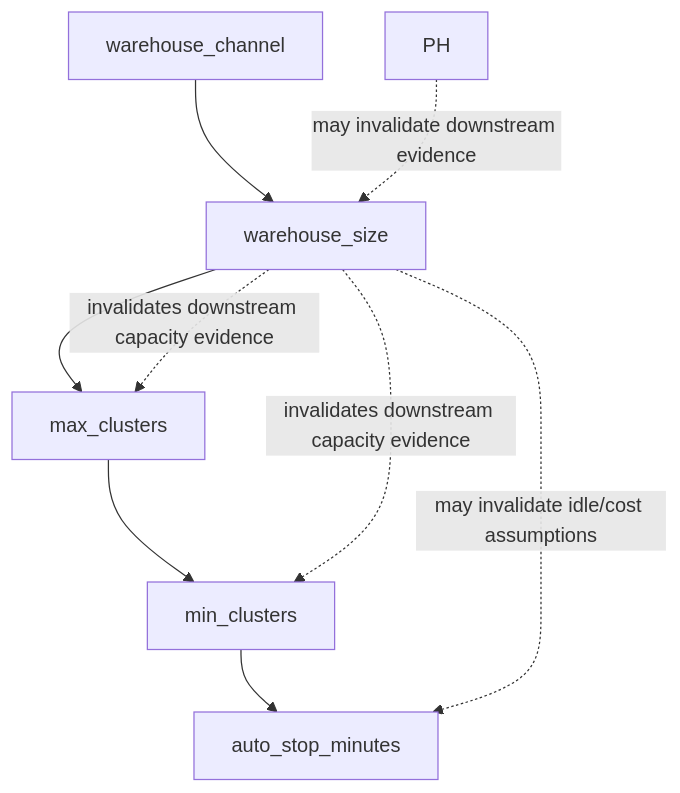
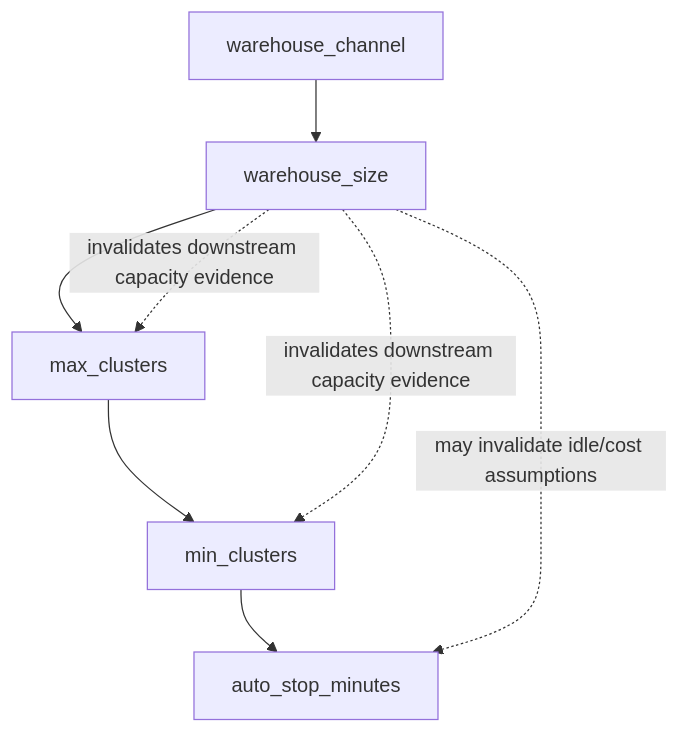
One commit to thiaga-gk/expert-funicular changed the fourth of 14 diagrams in docs/architecture/hld.md. Above: the diagram before and after it, drawn with Mermaid. The commit also changed 3 other files, not shown here.

````diff
--- a/docs/architecture/hld.md
+++ b/docs/architecture/hld.md
@@ -317,12 +317,11 @@
 ```mermaid
 flowchart TD
     CH[warehouse_channel] --> SZ[warehouse_size]
     SZ --> MX[max_clusters]
     MX --> MN[min_clusters]
     MN --> AS[auto_stop_minutes]
 
-    PH -. may invalidate downstream evidence .-> SZ
     SZ -. invalidates downstream capacity evidence .-> MX
     SZ -. invalidates downstream capacity evidence .-> MN
     SZ -. may invalidate idle/cost assumptions .-> AS
 ```
````
